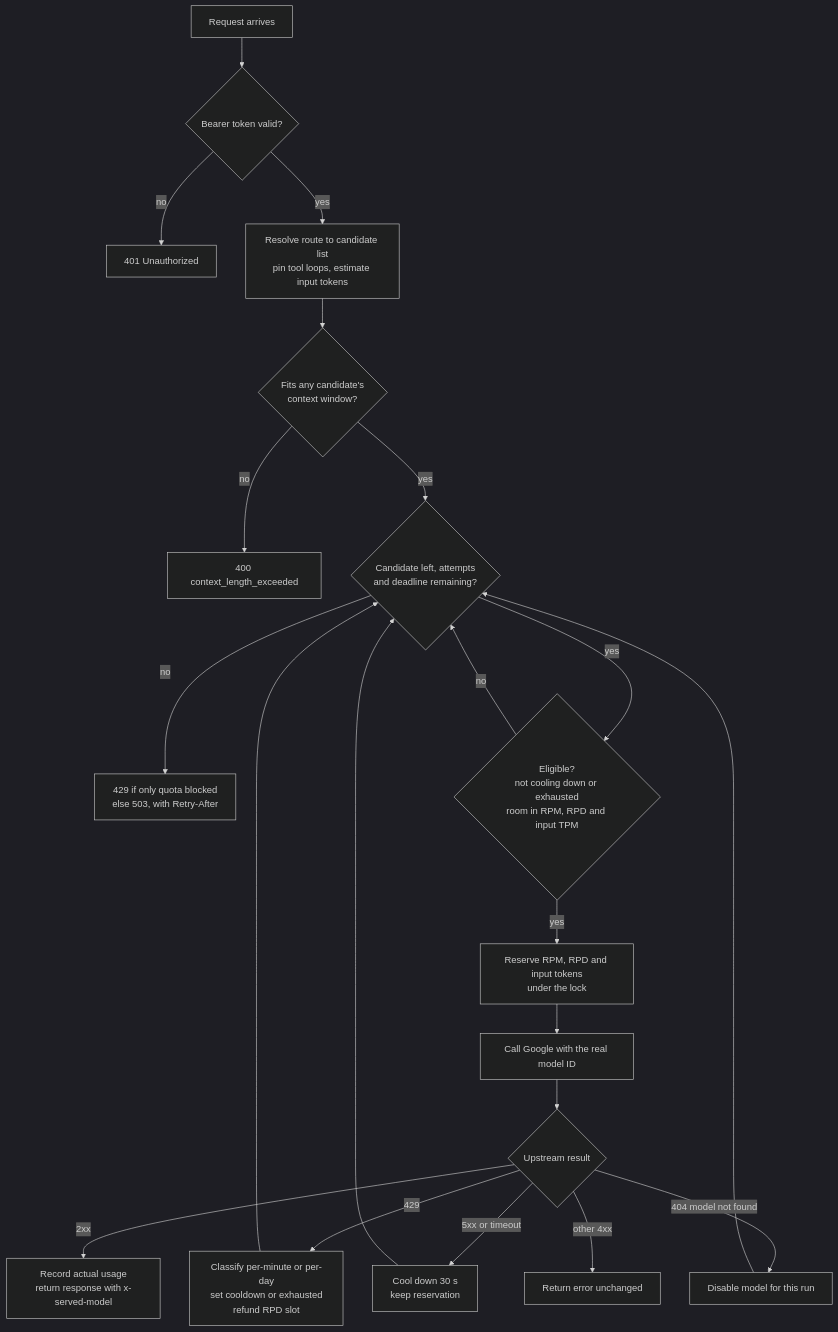
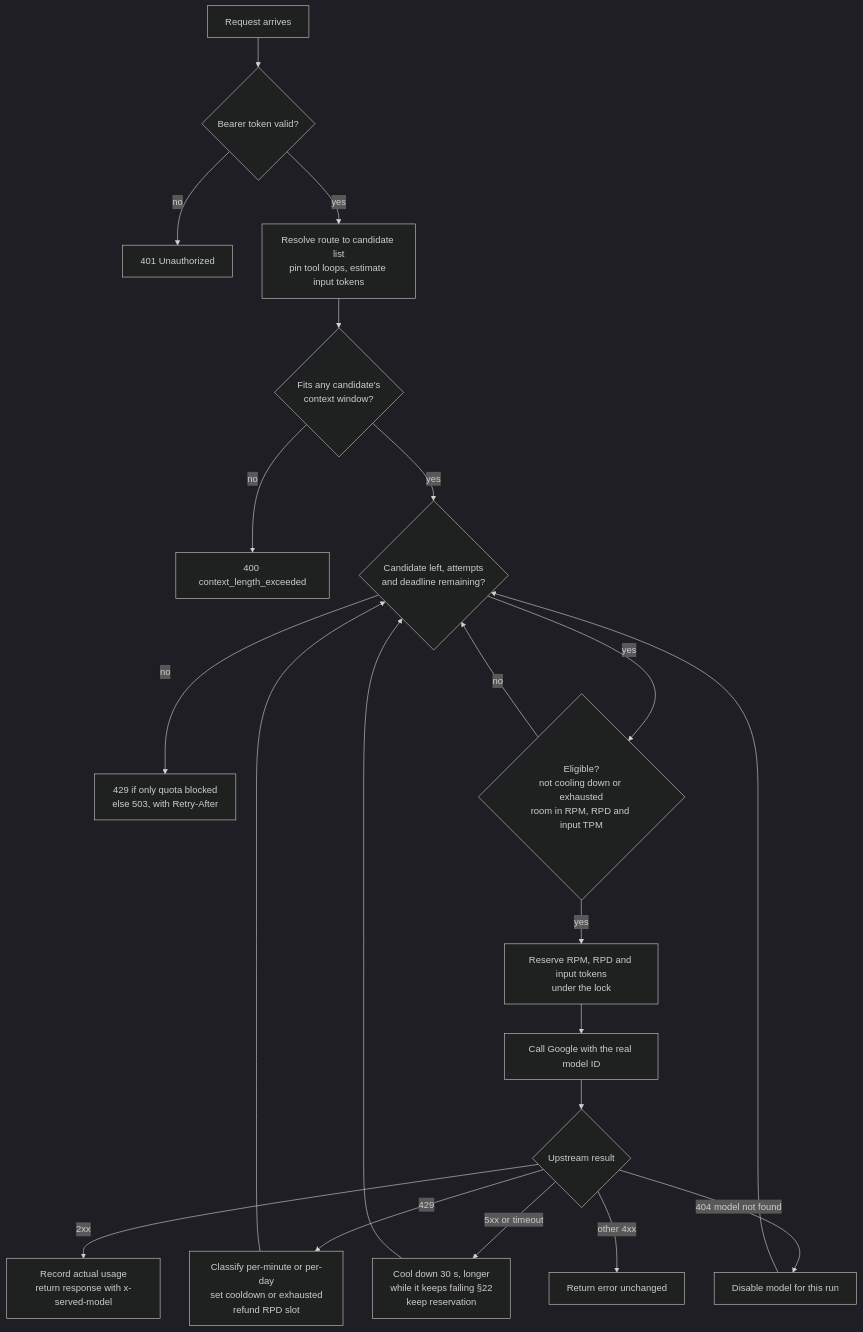
The first of 3 diagrams in docs/DESIGN.md (grandronlee/quota-router-for-gemini), drawn with Mermaid (dark theme) before and after one commit. The commit also changed other lines of this file and 1 other file, not shown here.

````diff
--- a/docs/DESIGN.md
+++ b/docs/DESIGN.md
@@ -126,23 +126,23 @@
 ```mermaid
 flowchart TD
     A[Request arrives] --> B{Bearer token valid?}
     B -- no --> X401[401 Unauthorized]
     B -- yes --> C[Resolve route to candidate list<br/>pin tool loops, estimate input tokens]
     C --> FIT{Fits any candidate's<br/>context window?}
     FIT -- no --> X400[400 context_length_exceeded]
     FIT -- yes --> D{Candidate left, attempts<br/>and deadline remaining?}
     D -- no --> XEND[429 if only quota blocked<br/>else 503, with Retry-After]
     D -- yes --> E{Eligible?<br/>not cooling down or exhausted<br/>room in RPM, RPD and input TPM}
     E -- no --> D
     E -- yes --> F[Reserve RPM, RPD and input tokens<br/>under the lock]
     F --> G[Call Google with the real model ID]
     G --> H{Upstream result}
     H -- 2xx --> OK[Record actual usage<br/>return response with x-served-model]
     H -- 429 --> I[Classify per-minute or per-day<br/>set cooldown or exhausted<br/>refund RPD slot]
     I --> D
-    H -- 5xx or timeout --> J[Cool down 30 s<br/>keep reservation]
+    H -- 5xx or timeout --> J[Cool down 30 s, longer<br/>while it keeps failing §22<br/>keep reservation]
     J --> D
     H -- 404 model not found --> K[Disable model for this run]
     K --> D
     H -- other 4xx --> R[Return error unchanged]
 ```
````
